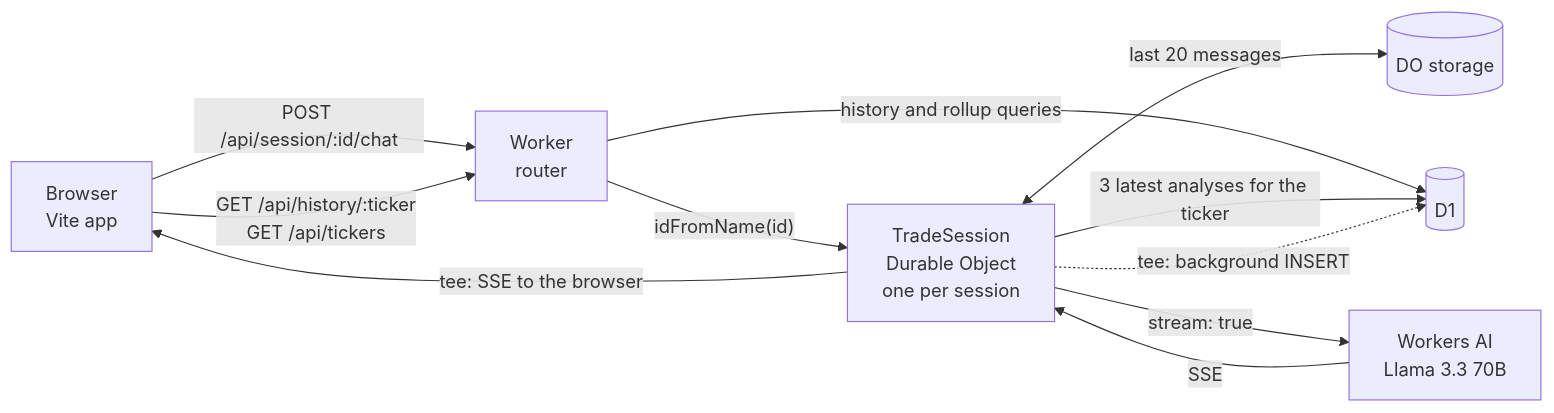
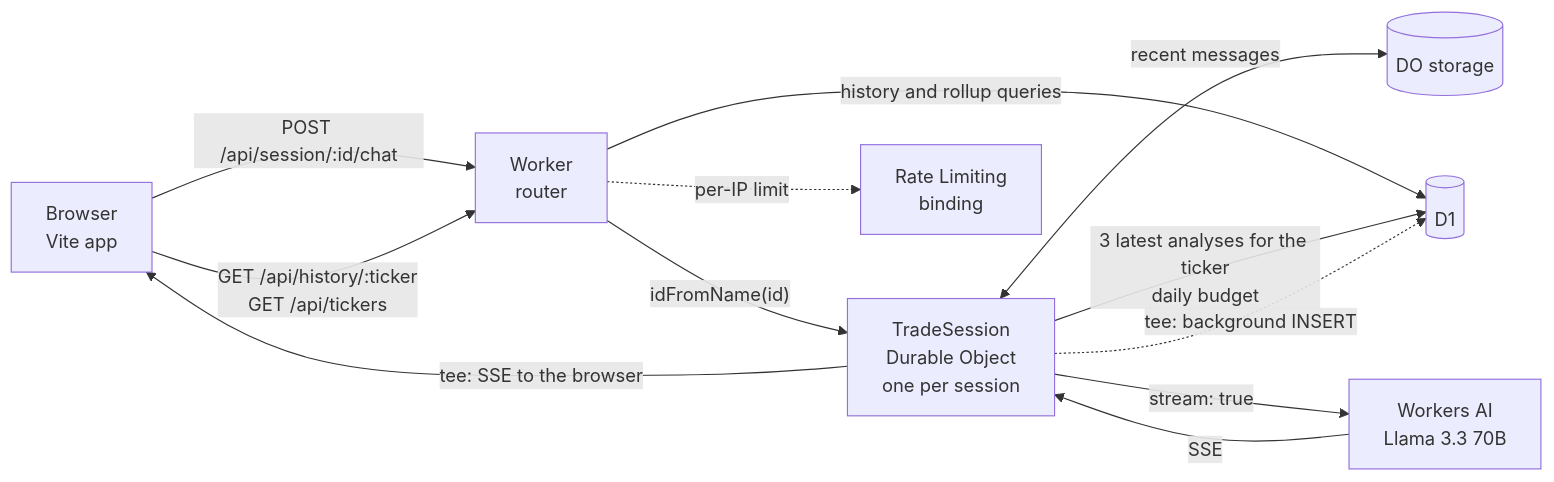
One commit to lokaz-c/cf_ai_tradedesk changed the diagram in README.md. Above: the diagram before and after it, drawn with Mermaid. The commit also changed other lines of this file, not shown here.

````diff
--- a/README.md
+++ b/README.md
@@ -13,13 +13,14 @@
 ```mermaid
 flowchart LR
     B["Browser<br>Vite app"] -->|"POST /api/session/:id/chat"| W["Worker<br>router"]
     B -->|"GET /api/history/:ticker<br>GET /api/tickers"| W
     W -->|"idFromName(id)"| DO["TradeSession<br>Durable Object<br>one per session"]
     W -->|"history and rollup queries"| D1[("D1")]
-    DO <-->|"last 20 messages"| S[("DO storage")]
-    DO -->|"3 latest analyses for the ticker"| D1
+    W -.->|"per-IP limit"| RL["Rate Limiting<br>binding"]
+    DO <-->|"recent messages"| S[("DO storage")]
+    DO -->|"3 latest analyses for the ticker<br>daily budget"| D1
     DO -->|"stream: true"| AI["Workers AI<br>Llama 3.3 70B"]
     AI -->|"SSE"| DO
     DO -->|"tee: SSE to the browser"| B
     DO -.->|"tee: background INSERT"| D1
 ```
````
